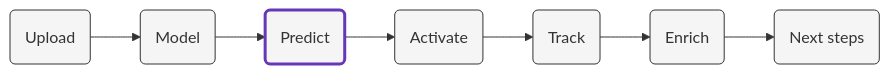
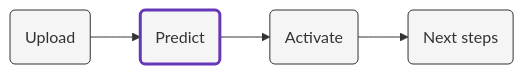
One commit to snowplow/composable-cdp-with-predictive-ml-modeling-accelerator changed the diagram in content/predictive_ml_models/_index.md. Above: the diagram before and after it, drawn with Mermaid. The commit also changed other lines of this file and 7 other files, not shown here.

```diff
--- a/content/predictive_ml_models/_index.md
+++ b/content/predictive_ml_models/_index.md
@@ -11,11 +11,8 @@
 {{<mermaid>}}
 flowchart LR
-    id1(Upload)-->id2(Model)-->id3(Predict)-->id4(Activate)-->id5(Track)-->id6(Enrich)-->id7(Next steps)
+    id1(Upload)-->id2(Predict)-->id3(Activate)-->id4(Next steps)
     style id1 fill:#f5f5f5,stroke:#333,stroke-width:1px
-    style id2 fill:#f5f5f5,stroke:#333,stroke-width:1px
-    style id3 fill:#f5f5f5,stroke:#6638B8,stroke-width:3px
+    style id2 fill:#f5f5f5,stroke:#6638B8,stroke-width:3px
+    style id3 fill:#f5f5f5,stroke:#333,stroke-width:1px
     style id4 fill:#f5f5f5,stroke:#333,stroke-width:1px
-    style id5 fill:#f5f5f5,stroke:#333,stroke-width:1px
-    style id6 fill:#f5f5f5,stroke:#333,stroke-width:1px
-    style id7 fill:#f5f5f5,stroke:#333,stroke-width:1px
 {{</mermaid >}}
```
